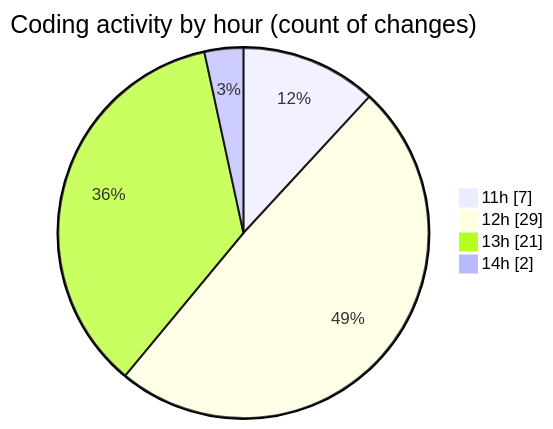
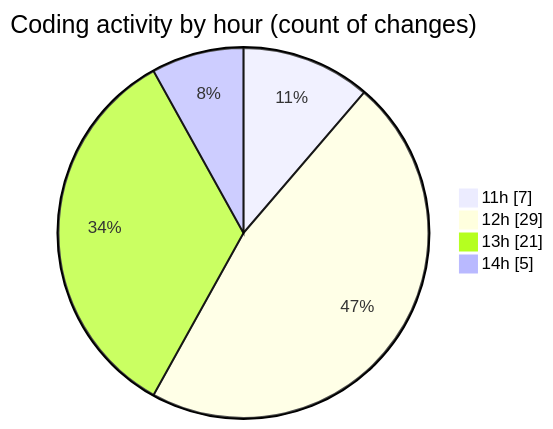
The second of 2 diagrams in 2025-01-08/nueva_carpeta/README.md (LanceThiago/code-tracking), drawn with Mermaid before and after one commit. The commit also changed other lines of this file and 1 other file, not shown here.

````diff
--- a/2025-01-08/nueva_carpeta/README.md
+++ b/2025-01-08/nueva_carpeta/README.md
@@ -28,8 +28,8 @@
 ```mermaid
 pie showData
 title Coding activity by hour (count of changes)
 "11h" : 7
 "12h" : 29
 "13h" : 21
-"14h" : 2
+"14h" : 5
 ```
````
